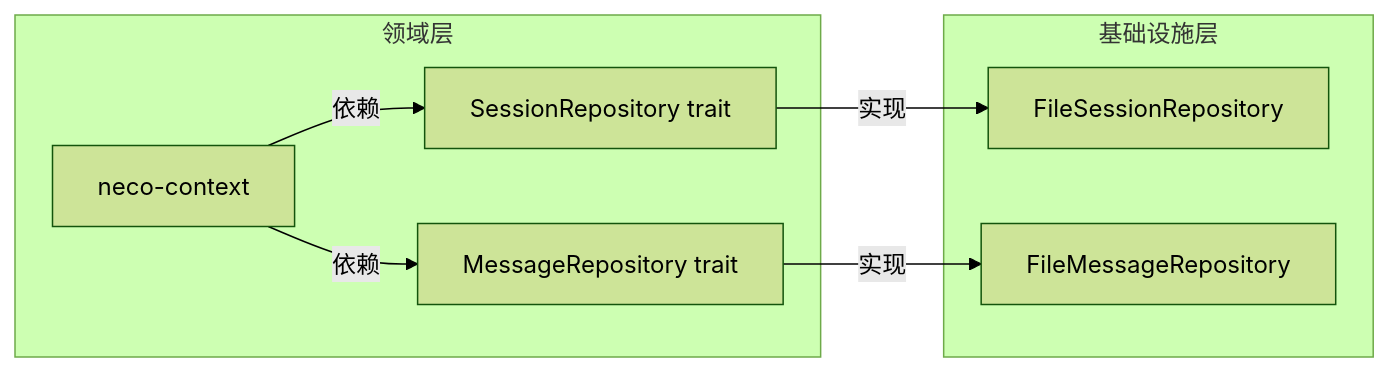
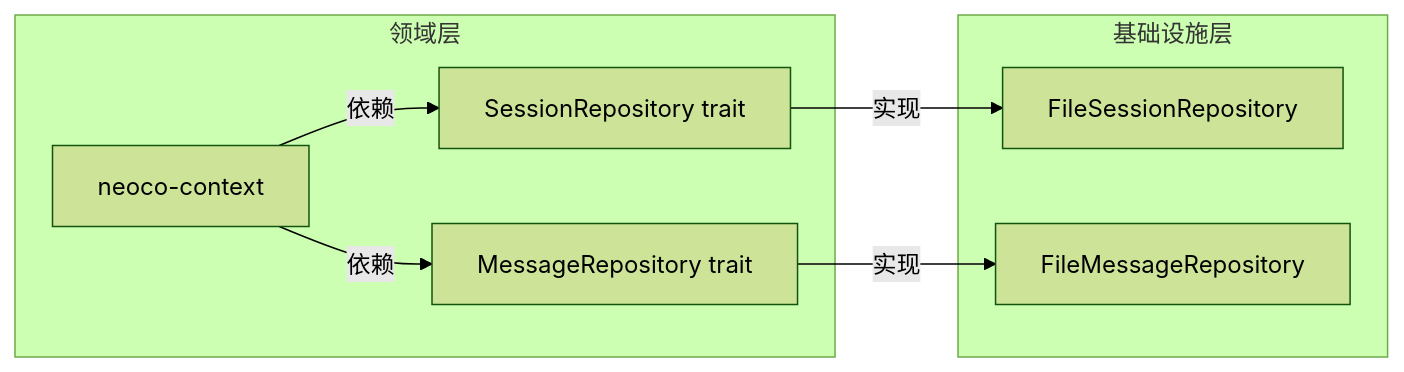
Before and after one commit to MiyakoMeow/neco: the second of 5 diagrams in progress/TECH-SESSION.md, drawn with Mermaid (forest theme). The commit also changed other lines of this file and 14 other files, not shown here.

````diff
--- a/progress/TECH-SESSION.md
+++ b/progress/TECH-SESSION.md
@@ -80,12 +80,12 @@
 ```mermaid
 graph LR
     subgraph "领域层"
-        Context[neco-context] -->|依赖| SessionRepo[SessionRepository trait]
+        Context[neoco-context] -->|依赖| SessionRepo[SessionRepository trait]
         Context -->|依赖| MessageRepo[MessageRepository trait]
     end
     
     subgraph "基础设施层"
         SessionRepo -->|实现| FileSessionRepo[FileSessionRepository]
         MessageRepo -->|实现| FileMessageRepo[FileMessageRepository]
     end
 ```
````
